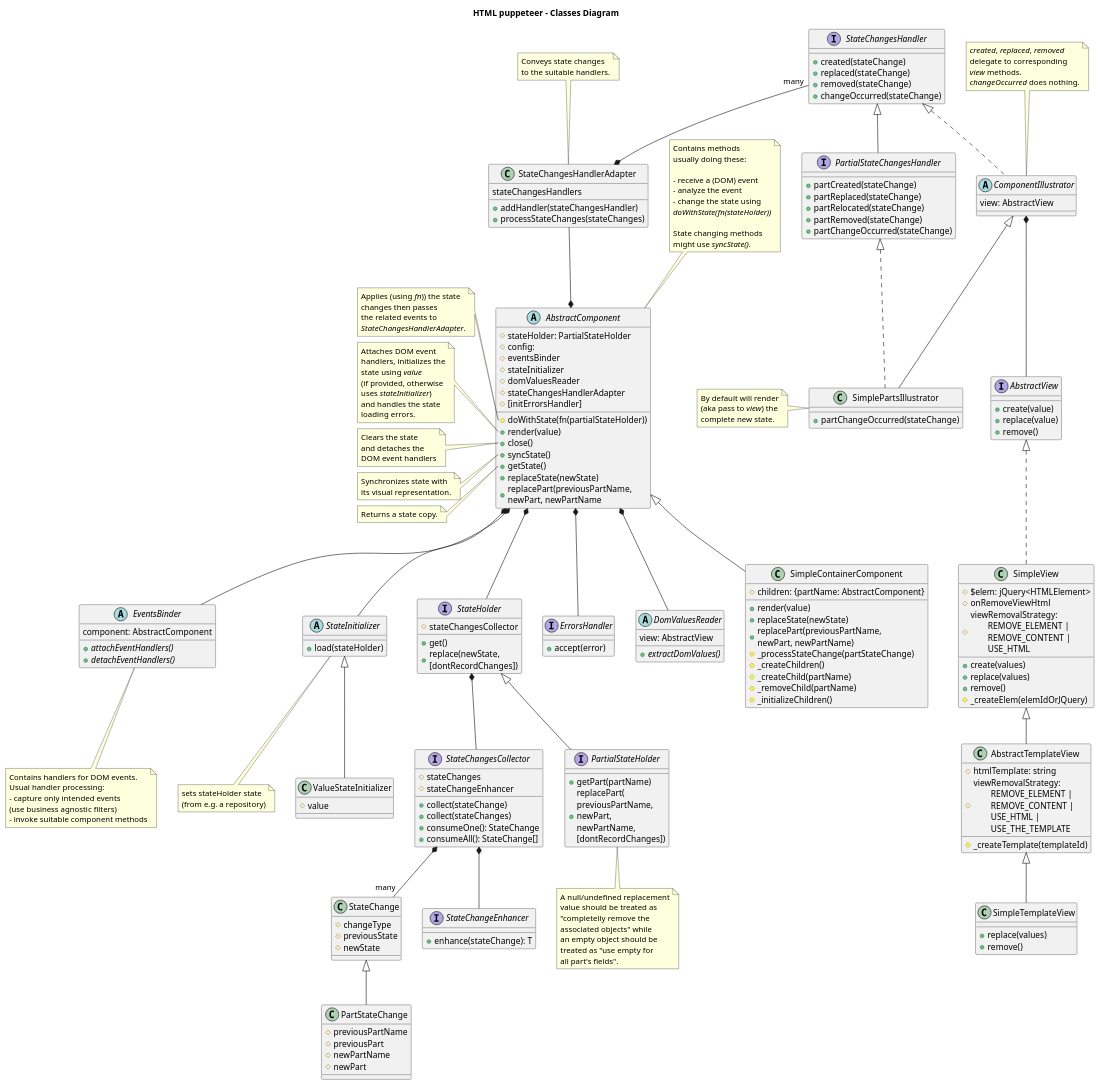
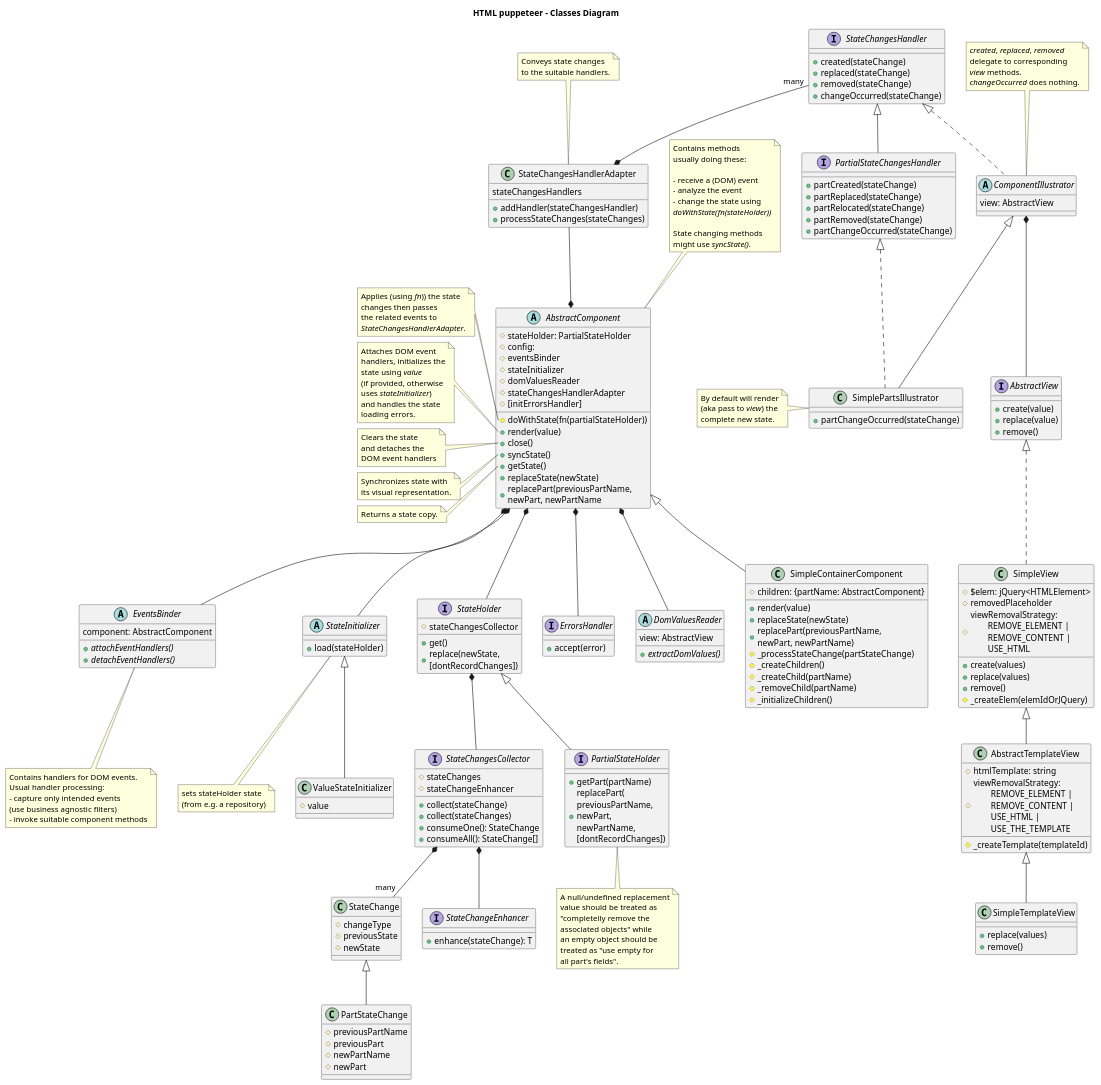
One commit to adrhc/html-puppeteer changed the diagram in design/classes-diagram.puml. Above: the diagram before and after it, drawn with PlantUML. The commit also changed 15 other files, not shown here.

```diff
--- a/design/classes-diagram.puml
+++ b/design/classes-diagram.puml
@@ -221,7 +221,7 @@
 
 class SimpleView implements AbstractView {
 #$elem: jQuery<HTMLElement>
-#onRemoveViewHtml
+#removedPlaceholder
 #viewRemovalStrategy: \n\tREMOVE_ELEMENT |\n\tREMOVE_CONTENT |\n\tUSE_HTML
 +create(values)
 +replace(values)
```
